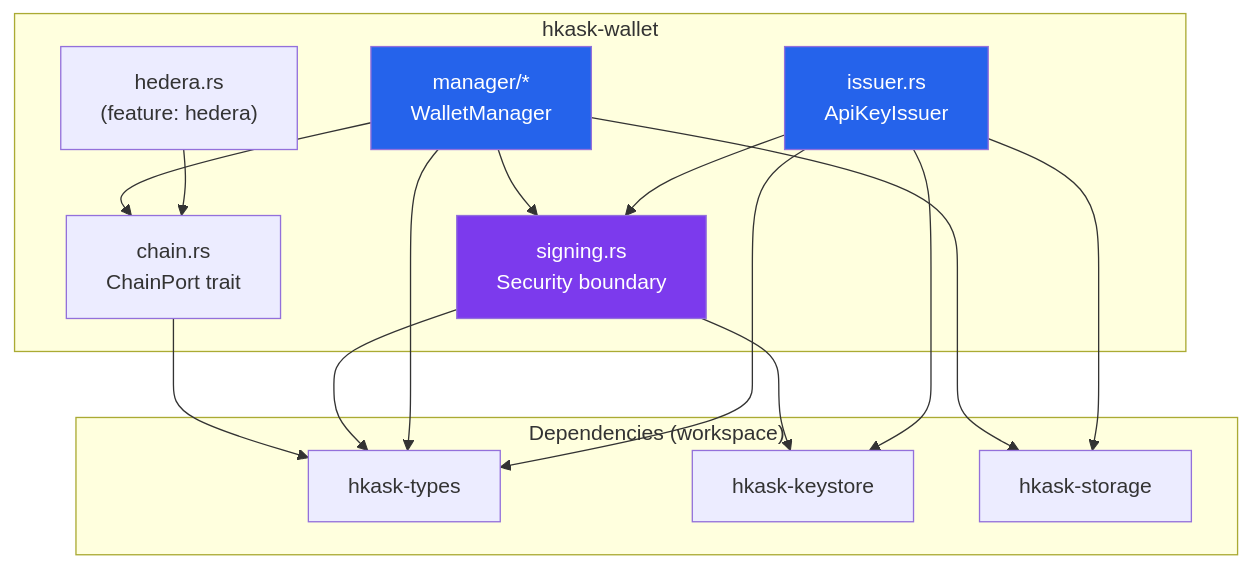
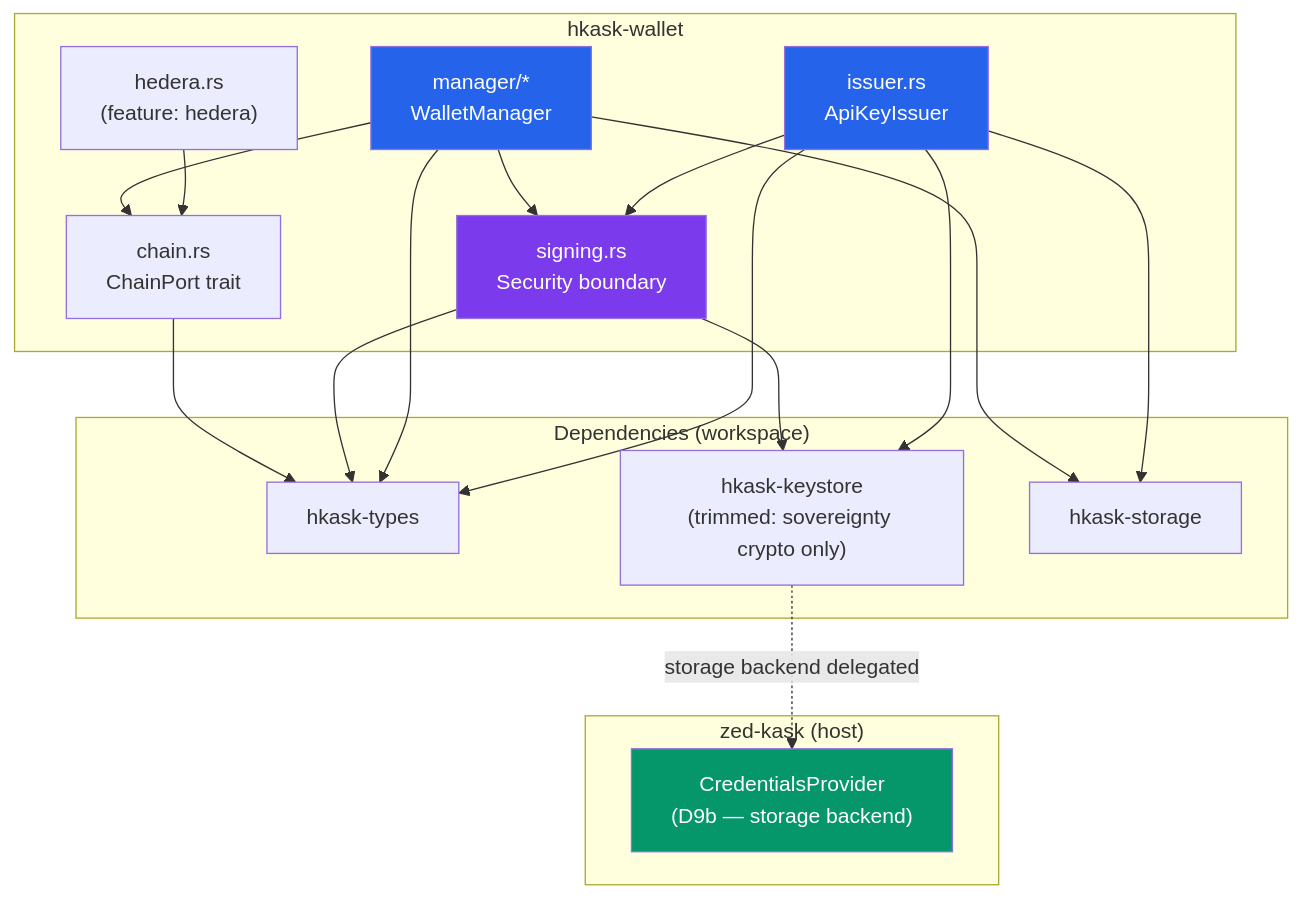
Before and after one commit to mdz-axo/zed-kask: the first of 4 diagrams in kask/docs/architecture/wallet-specification.md, drawn with Mermaid. The commit also changed other lines of this file and 24 other files, not shown here.

````diff
--- a/kask/docs/architecture/wallet-specification.md
+++ b/kask/docs/architecture/wallet-specification.md
@@ -79,33 +86,39 @@
 ```mermaid
 graph TD
     subgraph "hkask-wallet"
         CHAIN["chain.rs<br/>ChainPort trait"]
         SIGN["signing.rs<br/>Security boundary"]
         MGR["manager/*<br/>WalletManager"]
         ISS["issuer.rs<br/>ApiKeyIssuer"]
         HED["hedera.rs<br/>(feature: hedera)"]
     end
 
     subgraph "Dependencies (workspace)"
         TYPES["hkask-types"]
-        KS["hkask-keystore"]
+        KS["hkask-keystore<br/>(trimmed: sovereignty crypto only)"]
         STORE["hkask-storage"]
+    end
+
+    subgraph "zed-kask (host)"
+        CRED["CredentialsProvider<br/>(D9b — storage backend)"]
     end
 
     CHAIN --> TYPES
     SIGN --> KS
     SIGN --> TYPES
     MGR --> CHAIN
     MGR --> SIGN
     MGR --> STORE
     MGR --> TYPES
     ISS --> SIGN
     ISS --> STORE
     ISS --> KS
     ISS --> TYPES
     HED --> CHAIN
+    KS -.->|"storage backend delegated"| CRED
 
     style SIGN fill:#7c3aed,color:#fff
     style MGR fill:#2563eb,color:#fff
     style ISS fill:#2563eb,color:#fff
+    style CRED fill:#059669,color:#fff
 ```
````
